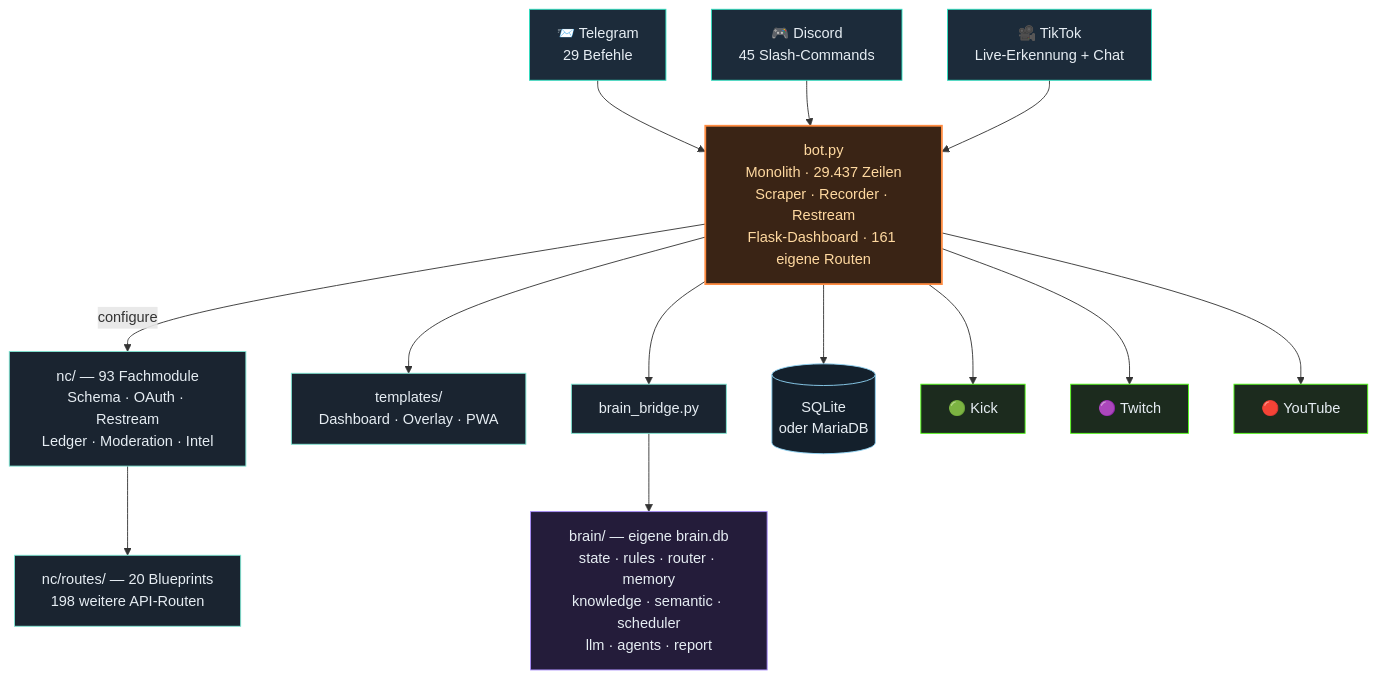
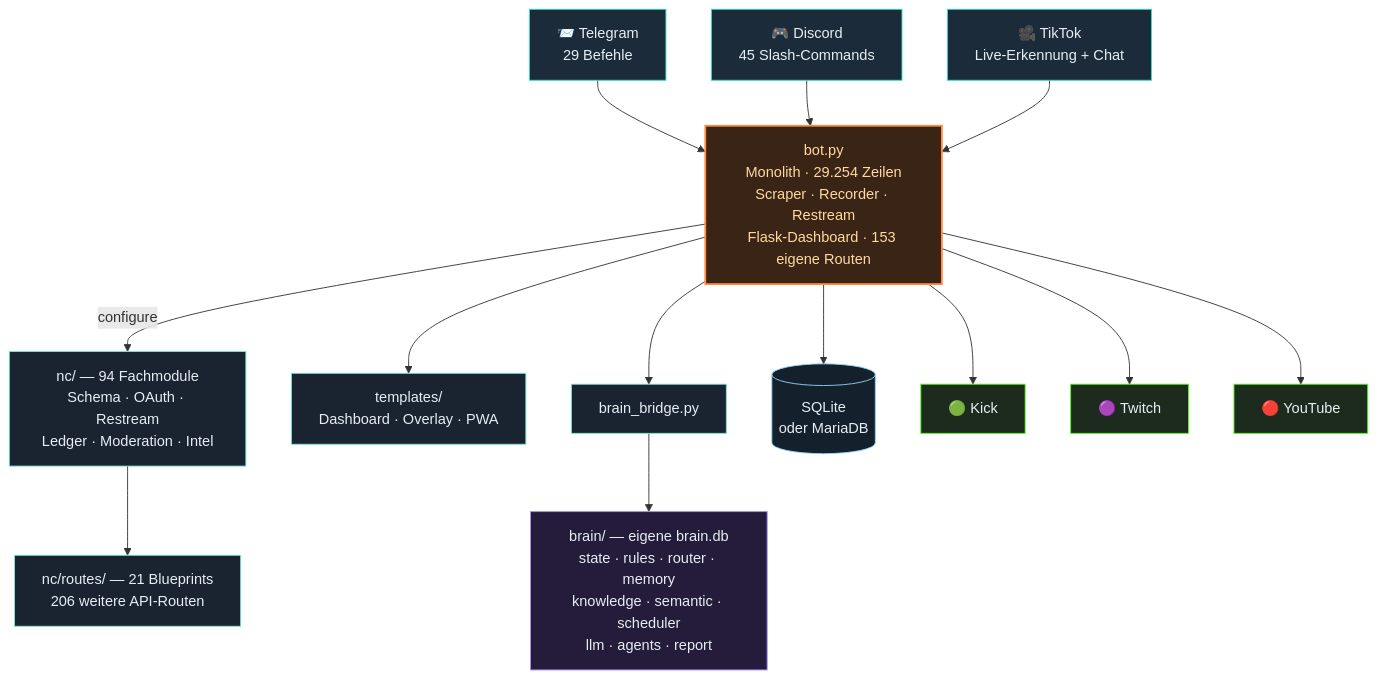
The third of 4 diagrams in README.md (itsamemedev/Telegram-Stream-Info-Bot), drawn with Mermaid before and after one commit. The commit also changed other lines of this file and 15 other files, not shown here.

````diff
--- a/README.md
+++ b/README.md
@@ -189,30 +189,30 @@
 ```mermaid
 flowchart TB
     TG["📨 Telegram<br/>29 Befehle"]:::ein
     DC["🎮 Discord<br/>45 Slash-Commands"]:::ein
     TT["🎥 TikTok<br/>Live-Erkennung + Chat"]:::ein
 
     TG --> BOT
     DC --> BOT
     TT --> BOT
 
-    BOT["bot.py<br/>Monolith · 29.437 Zeilen<br/>Scraper · Recorder · Restream<br/>Flask-Dashboard · 161 eigene Routen"]:::core
+    BOT["bot.py<br/>Monolith · 29.254 Zeilen<br/>Scraper · Recorder · Restream<br/>Flask-Dashboard · 153 eigene Routen"]:::core
 
-    BOT -->|configure| NC["nc/ — 93 Fachmodule<br/>Schema · OAuth · Restream<br/>Ledger · Moderation · Intel"]:::lib
-    NC --> RT["nc/routes/ — 20 Blueprints<br/>198 weitere API-Routen"]:::lib
+    BOT -->|configure| NC["nc/ — 94 Fachmodule<br/>Schema · OAuth · Restream<br/>Ledger · Moderation · Intel"]:::lib
+    NC --> RT["nc/routes/ — 21 Blueprints<br/>206 weitere API-Routen"]:::lib
     BOT --> TPL["templates/<br/>Dashboard · Overlay · PWA"]:::lib
     BOT --> BR["brain_bridge.py"]:::lib
     BR --> BRAIN["brain/ — eigene brain.db<br/>state · rules · router · memory<br/>knowledge · semantic · scheduler<br/>llm · agents · report"]:::brain
     BOT --> DB[("SQLite<br/>oder MariaDB")]:::db
 
     BOT --> KICK["🟢 Kick"]:::out
     BOT --> TW["🟣 Twitch"]:::out
     BOT --> YT["🔴 YouTube"]:::out
 
     classDef ein fill:#1c2b3a,stroke:#2de1c2,color:#e6edf3
     classDef core fill:#3a2415,stroke:#ff8c42,stroke-width:2px,color:#ffd9a0
     classDef lib fill:#1a2430,stroke:#7fe7d4,color:#e6edf3
     classDef brain fill:#241c3a,stroke:#a78bfa,color:#e6edf3
     classDef db fill:#14202c,stroke:#8fd3f4,color:#e6edf3
     classDef out fill:#1c2b1e,stroke:#53fc18,color:#e6edf3
 ```
````
